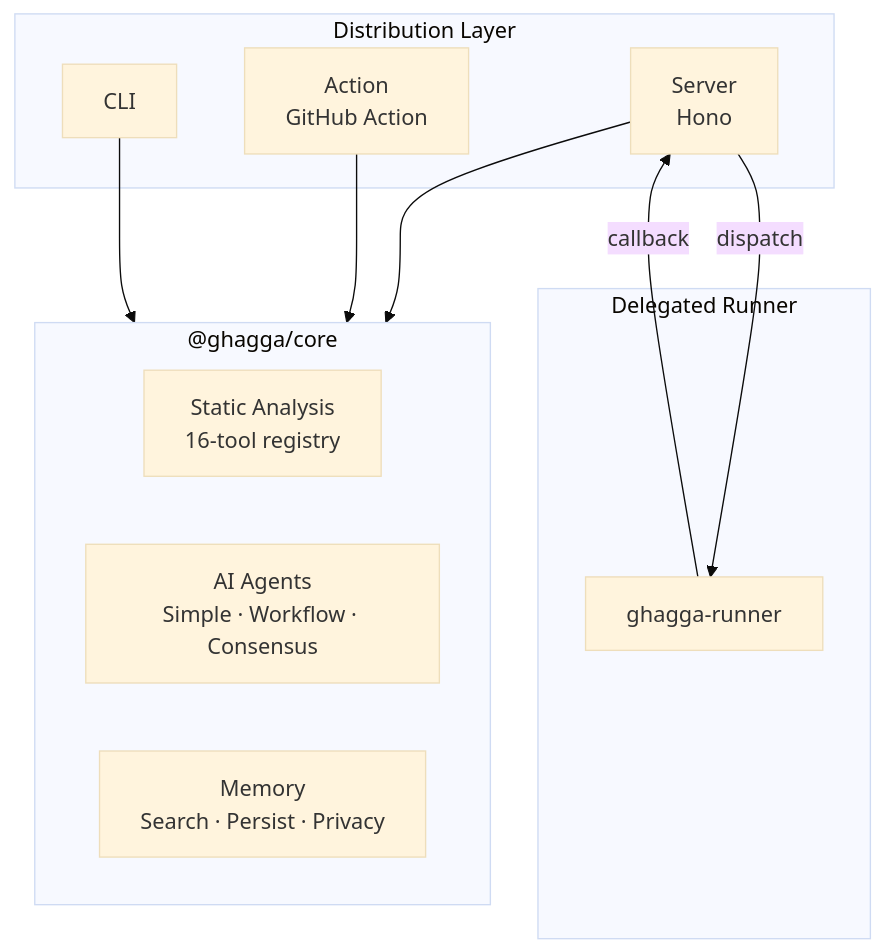
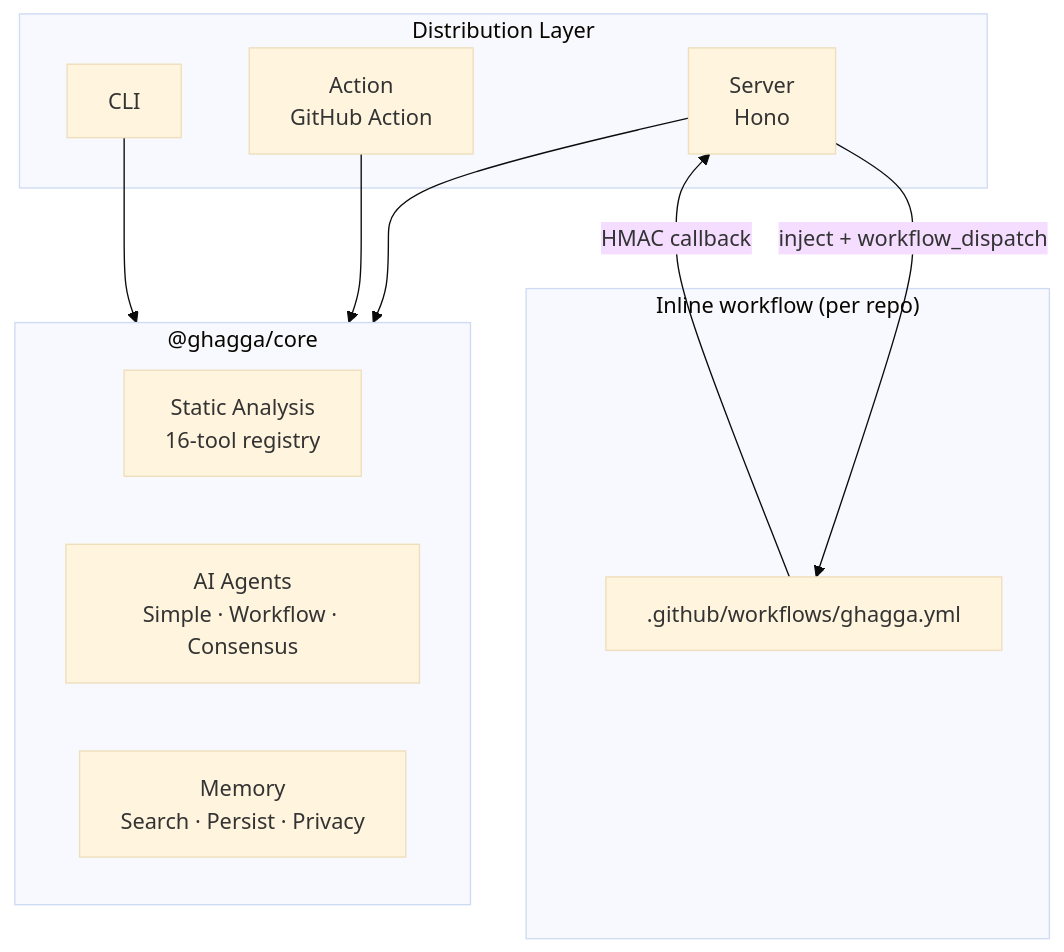
One commit to JNZader/ghagga changed the diagram in docs/README.md. Above: the diagram before and after it, drawn with Mermaid (base theme). The commit also changed other lines of this file and 64 other files, not shown here.

````diff
--- a/docs/README.md
+++ b/docs/README.md
@@ -43,24 +42,24 @@
 ```mermaid
 graph TB
   subgraph Distribution["Distribution Layer"]
     Server["Server<br/>Hono"]
     Action["Action<br/>GitHub Action"]
     CLI["CLI"]
   end
 
-  subgraph Runner["Delegated Runner"]
-    RunnerRepo["ghagga-runner"]
+  subgraph Inline["Inline workflow (per repo)"]
+    InlineYml[".github/workflows/ghagga.yml"]
   end
 
   subgraph Core["@ghagga/core"]
     SA["Static Analysis<br/>16-tool registry"]
     Agents["AI Agents<br/>Simple · Workflow · Consensus"]
     Memory["Memory<br/>Search · Persist · Privacy"]
   end
 
-  Server -- "dispatch" --> RunnerRepo
-  RunnerRepo -- "callback" --> Server
+  Server -- "inject + workflow_dispatch" --> InlineYml
+  InlineYml -- "HMAC callback" --> Server
   Server --> Core
   Action --> Core
   CLI --> Core
 ```
````
